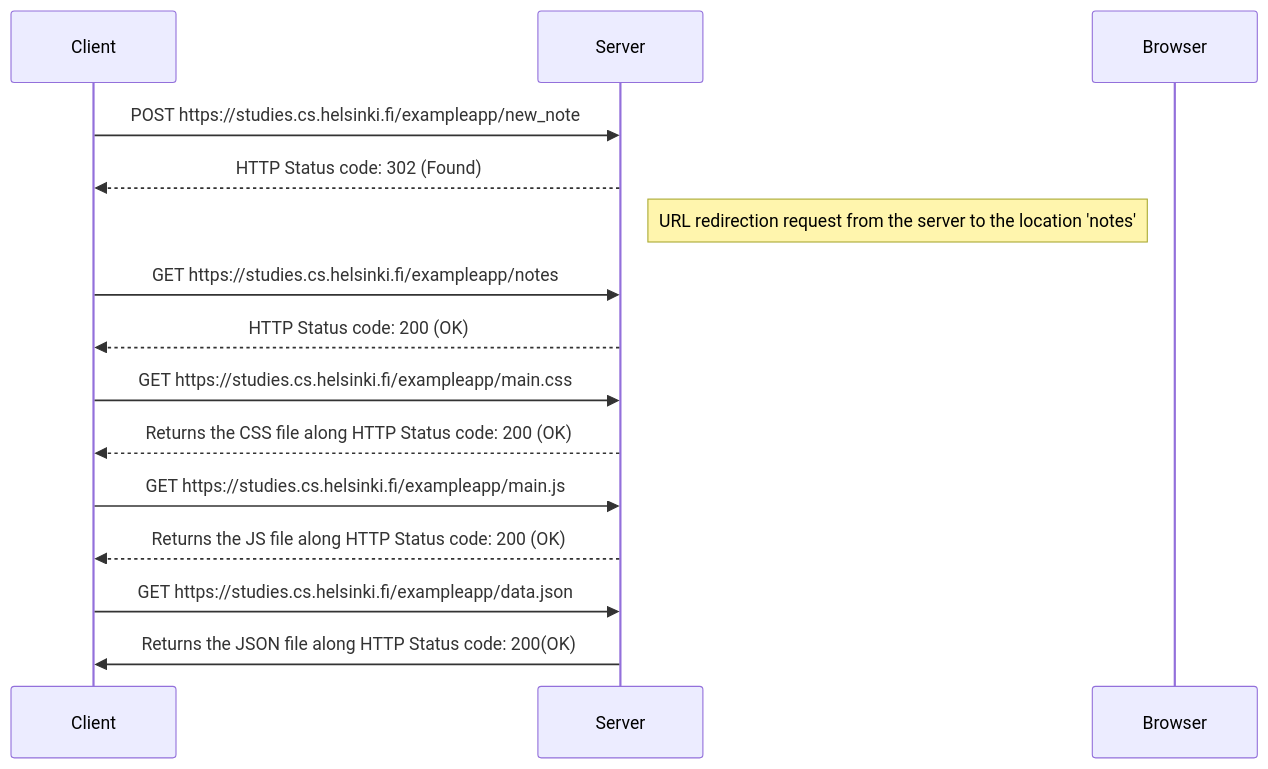
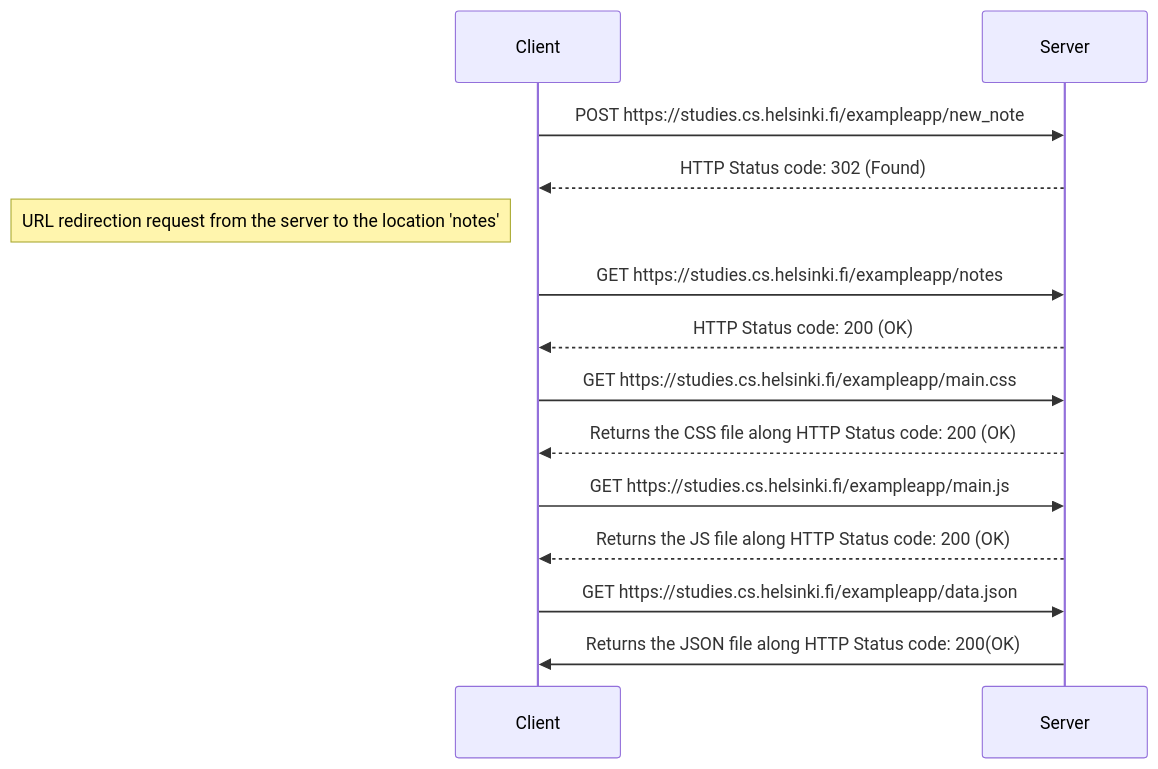
One commit to alejandro26gonzalez/part0 changed the diagram in README.md. Above: the diagram before and after it, drawn with Mermaid.

Commit message:
Update note description in README.md

````diff
--- a/README.md
+++ b/README.md
@@ -7,23 +7,23 @@
 ```mermaid
 sequenceDiagram
     participant Client
     participant Server
 
     Client->>Server: POST https://studies.cs.helsinki.fi/exampleapp/new_note
     Server-->>Client: HTTP Status code: 302 (Found)
 
-    Note left of Browser: URL redirection request from the server to the location 'notes'
+    Note left of Client: URL redirection request from the server to the location 'notes'
 
     Client->>Server: GET https://studies.cs.helsinki.fi/exampleapp/notes
     Server-->>Client: HTTP Status code: 200 (OK)
 
     Client->>Server: GET https://studies.cs.helsinki.fi/exampleapp/main.css
     Server-->>Client: Returns the CSS file along HTTP Status code: 200 (OK)
 
     Client->>Server: GET https://studies.cs.helsinki.fi/exampleapp/main.js
     Server-->>Client: Returns the JS file along HTTP Status code: 200 (OK)
 
     Client->>Server: GET https://studies.cs.helsinki.fi/exampleapp/data.json
     Server->>Client: Returns the JSON file along HTTP Status code: 200(OK)
 
 ```
````
